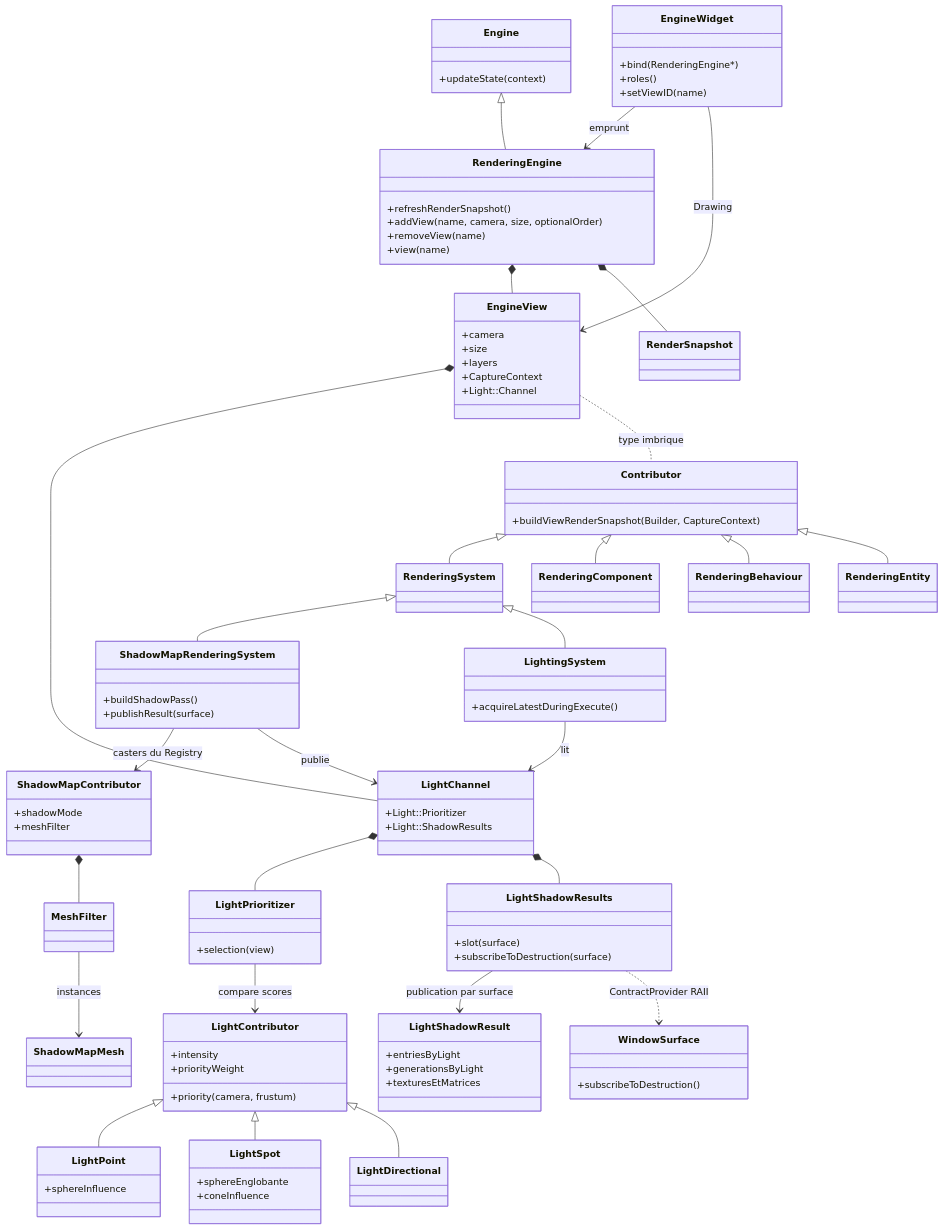
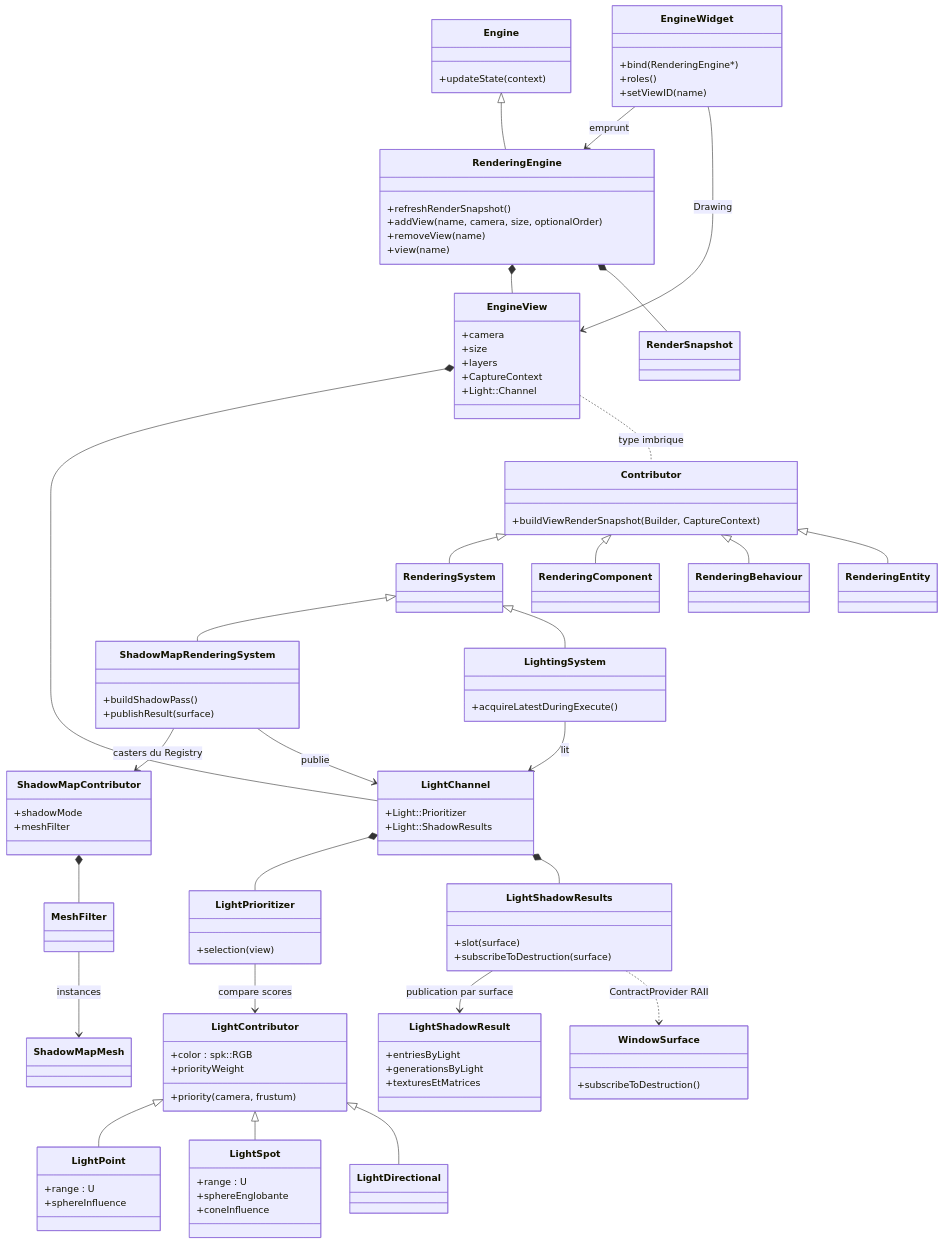
The first of 9 diagrams in docs/voxel-engine-v0.1.4/07-vues-et-passes.md (EreliaStudio/Sparkle), drawn with Mermaid before and after one commit.

Commit message:
docs(v0.1.4): document RGB/RGBA and explicit light range

```diff
--- a/docs/voxel-engine-v0.1.4/07-vues-et-passes.md
+++ b/docs/voxel-engine-v0.1.4/07-vues-et-passes.md
@@ -50,14 +50,16 @@
     +texturesEtMatrices
   }
   class LightContributor {
-    +intensity
+    +color : spk::RGB
     +priorityWeight
     +priority(camera, frustum)
   }
   class LightPoint {
+    +range : U
     +sphereInfluence
   }
   class LightSpot {
+    +range : U
     +sphereEnglobante
     +coneInfluence
   }
```
